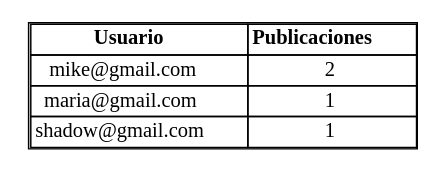
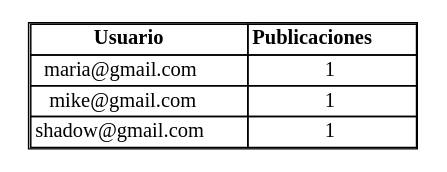
The diagram in Fase1/output/Top5Usuarios.dot (Kevin-alvarez1/PROYECTO_MULTIFASES_RED_SOCIAL), drawn with Graphviz before and after one commit. The commit also changed 20 other files, not shown here.

```diff
--- a/Fase1/output/Top5Usuarios.dot
+++ b/Fase1/output/Top5Usuarios.dot
@@ -1,10 +1,10 @@
 digraph G {
 node [shape=plaintext];
 Top5Usuarios [label=<
 <table border='1' cellborder='1' cellspacing='0'>
 <tr><td><b>Usuario</b></td><td><b>Publicaciones</b></td></tr>
-<tr><td>mike@gmail.com</td><td>2</td></tr>
 <tr><td>maria@gmail.com</td><td>1</td></tr>
+<tr><td>mike@gmail.com</td><td>1</td></tr>
 <tr><td>shadow@gmail.com</td><td>1</td></tr>
 </table>>];
 }
```
